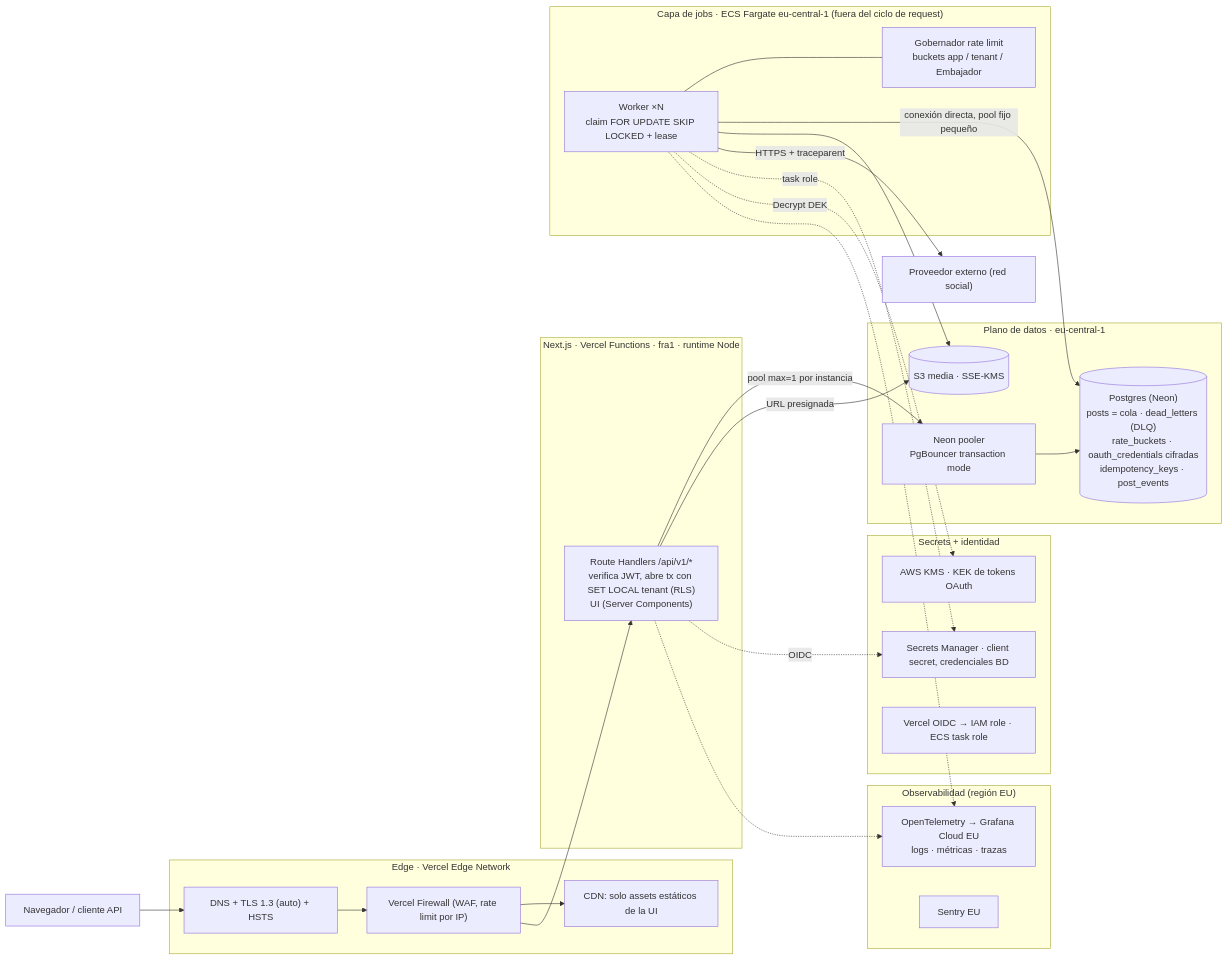
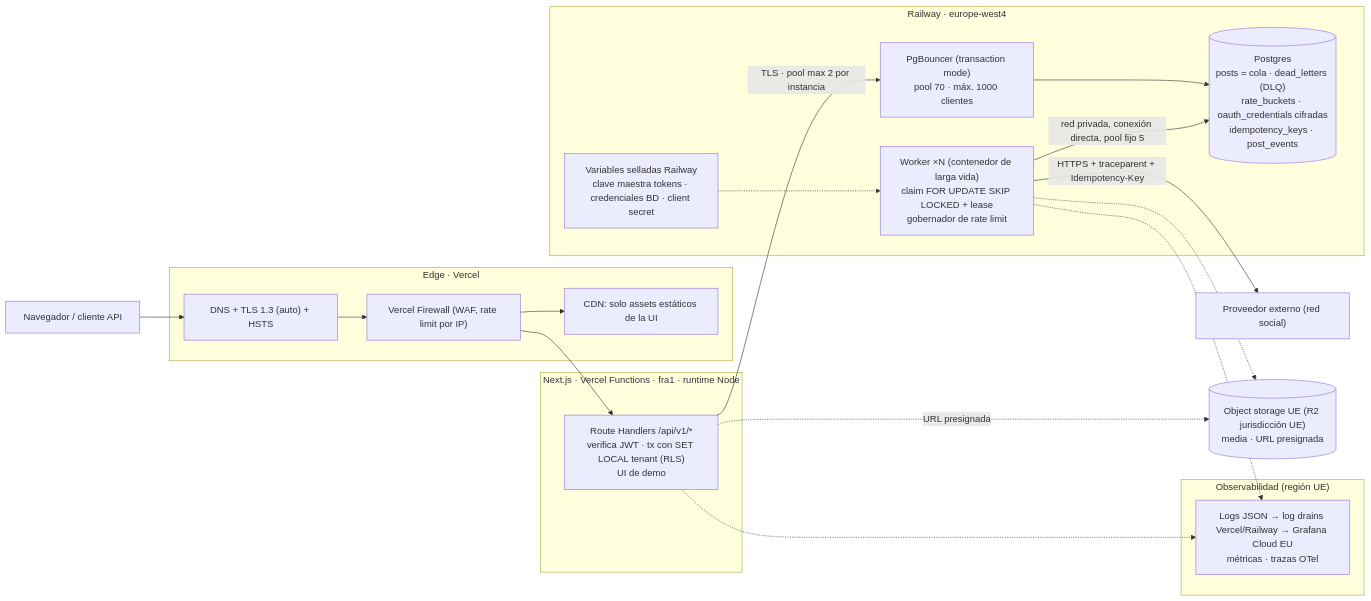
The diagram in docs/ENTREGA.md (marcgue45/ploot-scheduler), drawn with Mermaid before and after one commit. The commit also changed other lines of this file, not shown here.

Commit message:
docs: A/B reflect the real deployment (Vercel fra1 + Railway EU with PgBouncer)

````diff
--- a/docs/ENTREGA.md
+++ b/docs/ENTREGA.md
@@ -21,48 +22,36 @@
 ```mermaid
 flowchart LR
   U["Navegador / cliente API"] --> DNS
 
-  subgraph EDGE["Edge · Vercel Edge Network"]
+  subgraph EDGE["Edge · Vercel"]
     DNS["DNS + TLS 1.3 (auto) + HSTS"] --> WAF["Vercel Firewall (WAF, rate limit por IP)"]
     WAF --> CDN["CDN: solo assets estáticos de la UI"]
   end
 
   subgraph APP["Next.js · Vercel Functions · fra1 · runtime Node"]
-    RH["Route Handlers /api/v1/*<br/>verifica JWT, abre tx con SET LOCAL tenant (RLS)<br/>UI (Server Components)"]
+    RH["Route Handlers /api/v1/*<br/>verifica JWT · tx con SET LOCAL tenant (RLS)<br/>UI de demo"]
   end
   WAF --> RH
 
-  subgraph DATA["Plano de datos · eu-central-1"]
-    POOL["Neon pooler<br/>PgBouncer transaction mode"]
-    PG[("Postgres (Neon)<br/>posts = cola · dead_letters (DLQ)<br/>rate_buckets · oauth_credentials cifradas<br/>idempotency_keys · post_events")]
-    S3[("S3 media · SSE-KMS")]
+  subgraph RW["Railway · europe-west4"]
+    POOL["PgBouncer (transaction mode)<br/>pool 70 · máx. 1000 clientes"]
+    PG[("Postgres<br/>posts = cola · dead_letters (DLQ)<br/>rate_buckets · oauth_credentials cifradas<br/>idempotency_keys · post_events")]
+    W["Worker ×N (contenedor de larga vida)<br/>claim FOR UPDATE SKIP LOCKED + lease<br/>gobernador de rate limit"]
+    VAR["Variables selladas Railway<br/>clave maestra tokens · credenciales BD · client secret"]
     POOL --> PG
+    W -- "red privada, conexión directa, pool fijo 5" --> PG
+    VAR -.-> W
   end
-  RH -- "pool max=1 por instancia" --> POOL
-  RH -- "URL presignada" --> S3
+  RH -- "TLS · pool max 2 por instancia" --> POOL
+  W -- "HTTPS + traceparent + Idempotency-Key" --> PROV["Proveedor externo (red social)"]
 
-  subgraph JOBS["Capa de jobs · ECS Fargate eu-central-1 (fuera del ciclo de request)"]
-    W["Worker ×N<br/>claim FOR UPDATE SKIP LOCKED + lease"]
-    GOV["Gobernador rate limit<br/>buckets app / tenant / Embajador"]
-    W --- GOV
-  end
-  W -- "conexión directa, pool fijo pequeño" --> PG
-  W --> S3
-  W -- "HTTPS + traceparent" --> PROV["Proveedor externo (red social)"]
+  S3[("Object storage UE (R2 jurisdicción UE)<br/>media · URL presignada")]
+  RH -. "URL presignada" .-> S3
+  W -.-> S3
 
-  subgraph SEC["Secrets + identidad"]
-    KMS["AWS KMS · KEK de tokens OAuth"]
-    SM["Secrets Manager · client secret, credenciales BD"]
-    ID["Vercel OIDC → IAM role · ECS task role"]
-  end
-  RH -. "OIDC" .-> SM
-  W -. "task role" .-> SM
-  W -. "Decrypt DEK" .-> KMS
-
-  subgraph OBS["Observabilidad (región EU)"]
-    OT["OpenTelemetry → Grafana Cloud EU<br/>logs · métricas · trazas"]
-    SE["Sentry EU"]
+  subgraph OBS["Observabilidad (región UE)"]
+    OT["Logs JSON → log drains Vercel/Railway → Grafana Cloud EU<br/>métricas · trazas OTel"]
   end
   RH -.-> OT
   W -.-> OT
 ```
````
